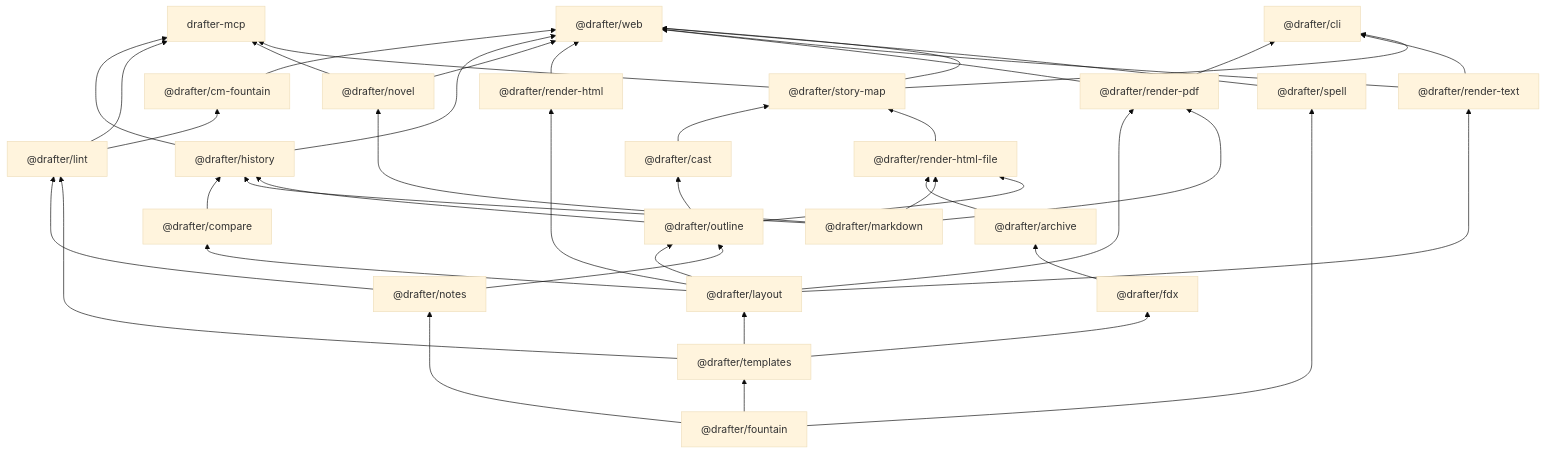
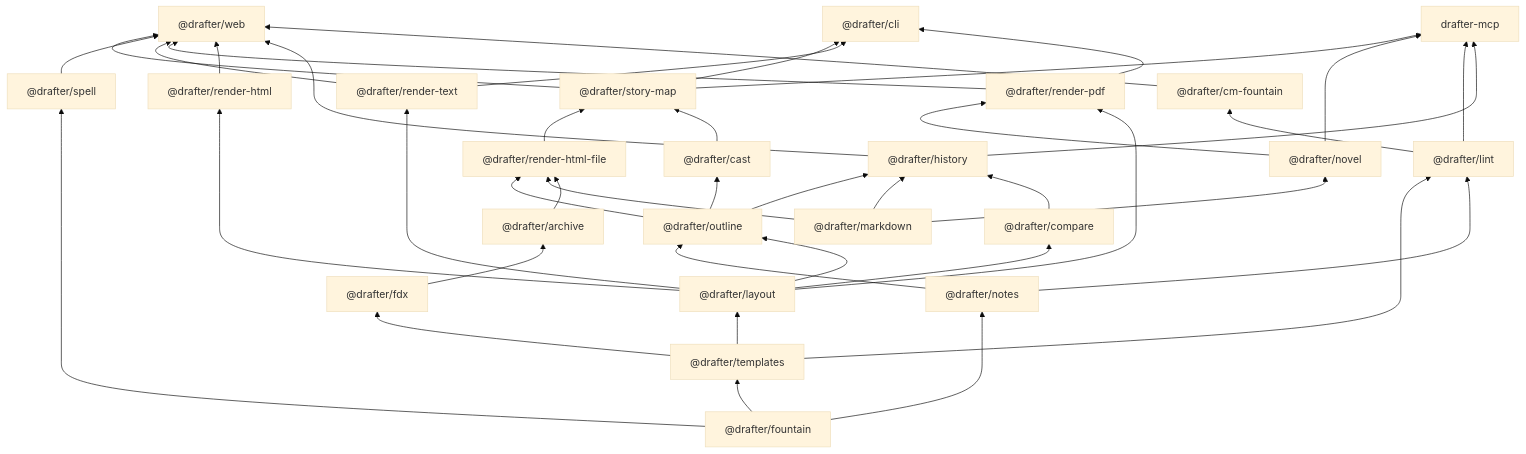
The first of 5 diagrams in docs/technical-details.md (cschweda/drafter), drawn with Mermaid (base theme) before and after one commit. The commit also changed 4 other files, not shown here.

First line of the commit message:
docs(render-pdf): describe the manuscript PDF; render-pdf uses @drafter/novel

````diff
--- a/docs/technical-details.md
+++ b/docs/technical-details.md
@@ -38,67 +38,66 @@
 ```mermaid
 flowchart BT
   web["@drafter/web"]
   cli["@drafter/cli"]
   drafter_mcp["drafter-mcp"]
   cm_fountain["@drafter/cm-fountain"]
   outline["@drafter/outline"]
   compare["@drafter/compare"]
   history["@drafter/history"]
   cast["@drafter/cast"]
   story_map["@drafter/story-map"]
   render_pdf["@drafter/render-pdf"]
   render_html["@drafter/render-html"]
   render_html_file["@drafter/render-html-file"]
   render_text["@drafter/render-text"]
   layout["@drafter/layout"]
   lint["@drafter/lint"]
   fdx["@drafter/fdx"]
   archive["@drafter/archive"]
   templates["@drafter/templates"]
   notes["@drafter/notes"]
   spell["@drafter/spell"]
   markdown["@drafter/markdown"]
   novel["@drafter/novel"]
   fountain["@drafter/fountain"]
   cm_fountain --> web
   history --> web
-  novel --> web
   render_html --> web
   render_pdf --> web
   render_text --> web
   spell --> web
   story_map --> web
   render_pdf --> cli
   render_text --> cli
   story_map --> cli
   history --> drafter_mcp
   lint --> drafter_mcp
   novel --> drafter_mcp
   story_map --> drafter_mcp
   lint --> cm_fountain
   layout --> outline
   notes --> outline
   layout --> compare
   compare --> history
   markdown --> history
   outline --> history
   outline --> cast
   cast --> story_map
   render_html_file --> story_map
   layout --> render_pdf
-  markdown --> render_pdf
+  novel --> render_pdf
   layout --> render_html
   archive --> render_html_file
   markdown --> render_html_file
   outline --> render_html_file
   layout --> render_text
   templates --> layout
   notes --> lint
   templates --> lint
   templates --> fdx
   fdx --> archive
   fountain --> templates
   fountain --> notes
   fountain --> spell
   markdown --> novel
 ```
````
